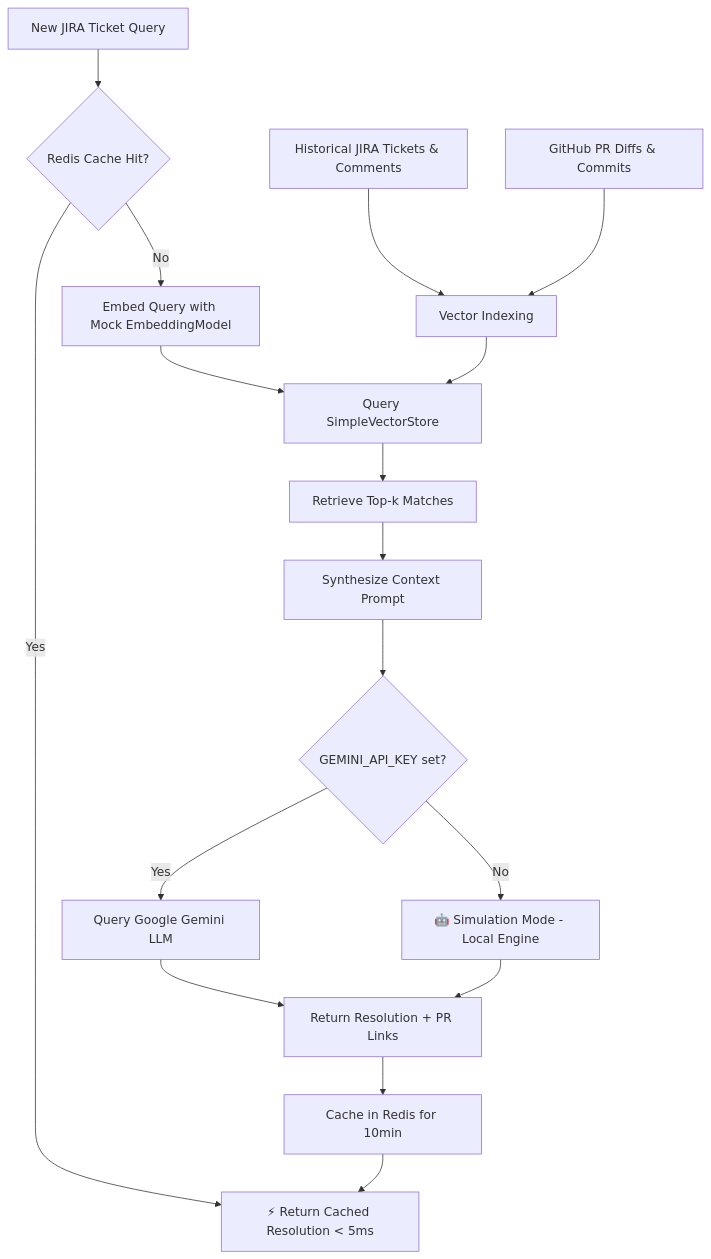
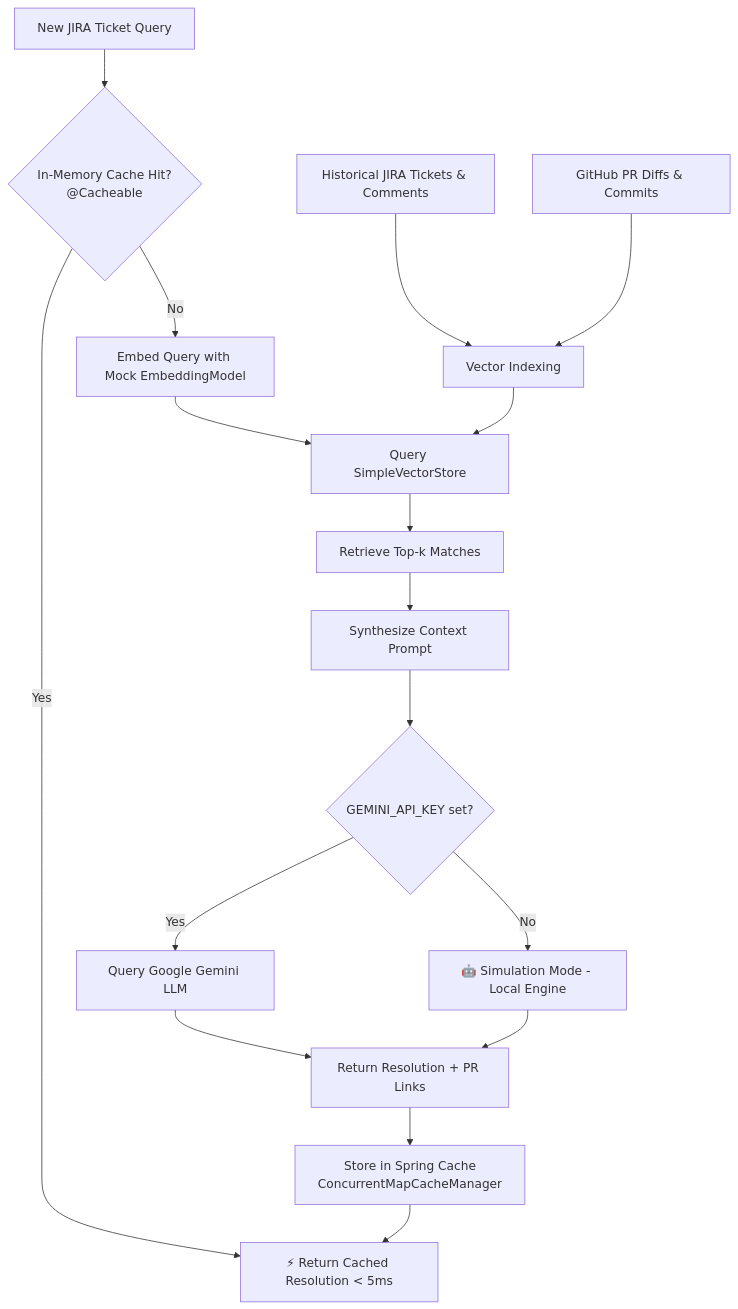
One commit to Radhika-borigam/rag4tickets changed the diagram in README.md. Above: the diagram before and after it, drawn with Mermaid.

Commit message:
fix: update architecture diagram to reflect in-memory cache instead of Redis

````diff
--- a/README.md
+++ b/README.md
@@ -33,19 +33,19 @@
 ```mermaid
 graph TD
-    A[New JIRA Ticket Query] --> K{Redis Cache Hit?}
+    A[New JIRA Ticket Query] --> K{In-Memory Cache Hit?\n@Cacheable}
     K -- Yes --> L[⚡ Return Cached Resolution < 5ms]
     K -- No --> B[Embed Query with Mock EmbeddingModel]
     B --> C[Query SimpleVectorStore]
     D[Historical JIRA Tickets & Comments] --> E[Vector Indexing]
     F[GitHub PR Diffs & Commits] --> E
     E --> C
     C --> G[Retrieve Top-k Matches]
     G --> H[Synthesize Context Prompt]
     H --> I{GEMINI_API_KEY set?}
     I -- Yes --> J[Query Google Gemini LLM]
     I -- No --> SIM[🤖 Simulation Mode - Local Engine]
     J --> R[Return Resolution + PR Links]
     SIM --> R
-    R --> M[Cache in Redis for 10min]
+    R --> M[Store in Spring Cache\nConcurrentMapCacheManager]
     M --> L
 ```
````
